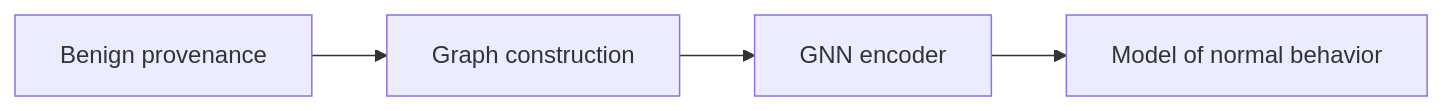
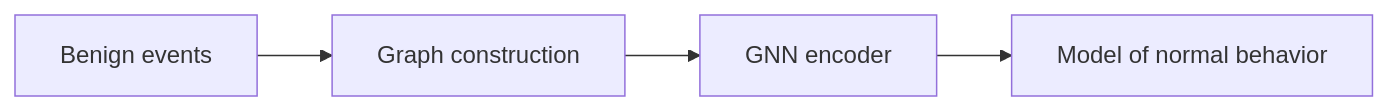
Before and after one commit to ubc-provenance/PIDSMaker: the third of 5 diagrams in docs/docs/guide/background.md, drawn with Mermaid. The commit also changed other lines of this file and 12 other files, not shown here.

````diff
--- a/docs/docs/guide/background.md
+++ b/docs/docs/guide/background.md
@@ -69,4 +107,4 @@
 ```mermaid
 flowchart LR
-    A[Benign provenance] --> B[Graph construction] --> C[GNN encoder] --> D[Model of normal behavior]
+    A[Benign events] --> B[Graph construction] --> C[GNN encoder] --> D[Model of normal behavior]
 ```
````
